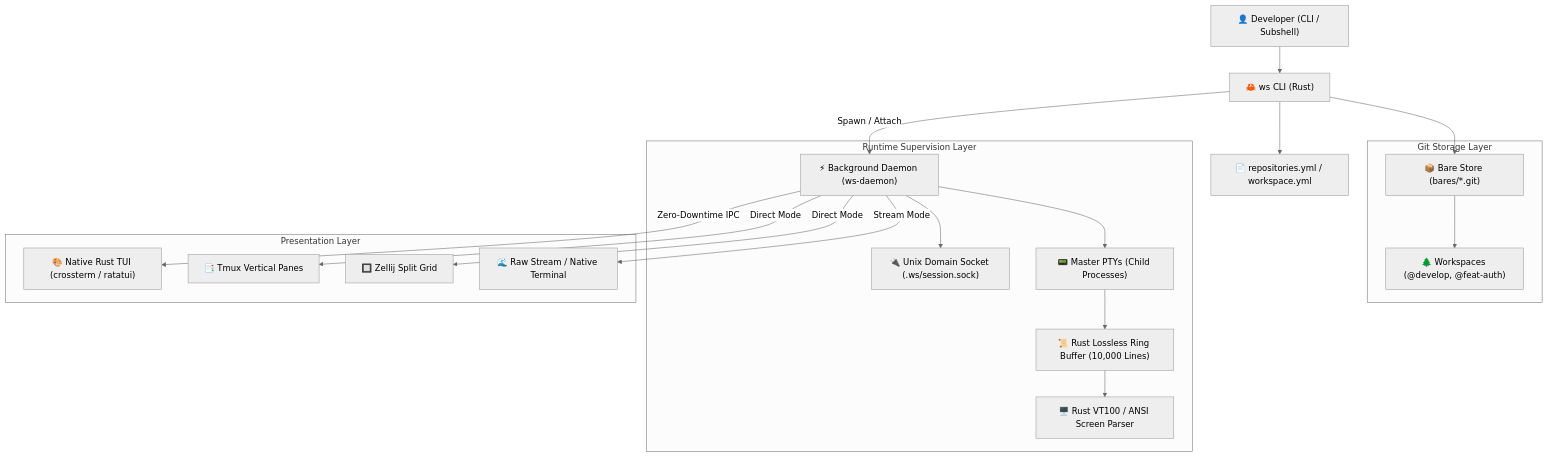
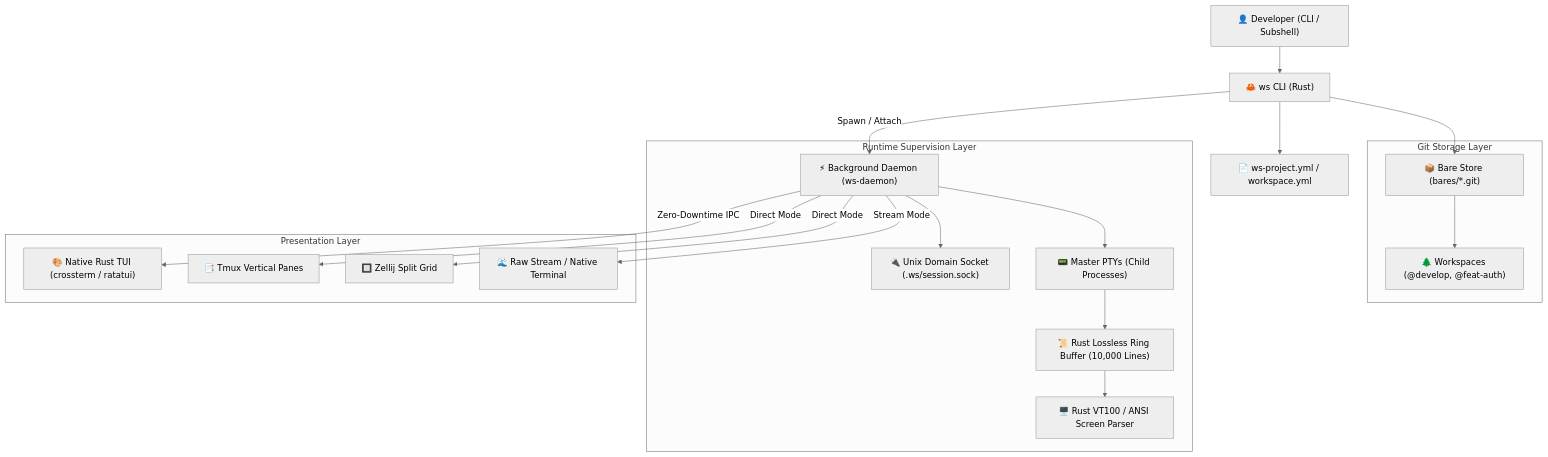
One commit to franckKyete/ws-manager changed the first of 2 diagrams in docs/architecture.md. Above: the diagram before and after it, drawn with Mermaid (neutral theme). The commit also changed 26 other files, not shown here.

Commit message:
cli/core: rename project config to ws-project.yml and harden hub/close flows

````diff
--- a/docs/architecture.md
+++ b/docs/architecture.md
@@ -11,42 +11,42 @@
 ```mermaid
 graph TD
     User["👤 Developer (CLI / Subshell)"]
     CLI["🦀 ws CLI (Rust)"]
-    Config["📄 repositories.yml / workspace.yml"]
+    Config["📄 ws-project.yml / workspace.yml"]
 
     subgraph "Git Storage Layer"
         BareStore["📦 Bare Store (bares/*.git)"]
         Worktrees["🌲 Workspaces (@develop, @feat-auth)"]
     end
 
     subgraph "Runtime Supervision Layer"
         Daemon["⚡ Background Daemon (ws-daemon)"]
         UnixSock["🔌 Unix Domain Socket (.ws/session.sock)"]
         PTY["📟 Master PTYs (Child Processes)"]
         RingBuffer["📜 Rust Lossless Ring Buffer (10,000 Lines)"]
         VT100["🖥️ Rust VT100 / ANSI Screen Parser"]
     end
 
     subgraph "Presentation Layer"
         TUI["🎨 Native Rust TUI (crossterm / ratatui)"]
         Tmux["📑 Tmux Vertical Panes"]
         Zellij["🔲 Zellij Split Grid"]
         Stream["🌊 Raw Stream / Native Terminal"]
     end
 
     User --> CLI
     CLI --> Config
     CLI --> BareStore
     BareStore --> Worktrees
 
     CLI -->|Spawn / Attach| Daemon
     Daemon --> UnixSock
     Daemon --> PTY
     PTY --> RingBuffer
     RingBuffer --> VT100
 
     Daemon -->|Zero-Downtime IPC| TUI
     Daemon -->|Direct Mode| Tmux
     Daemon -->|Direct Mode| Zellij
     Daemon -->|Stream Mode| Stream
 ```
````
